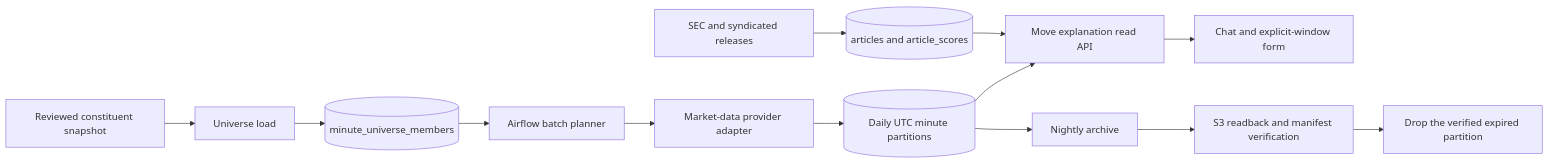
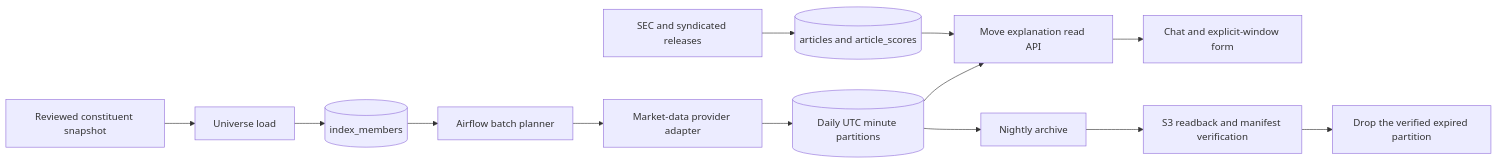
One commit to akwritescode/eventalpha changed the diagram in docs/INTRADAY_DATA_DESIGN.md. Above: the diagram before and after it, drawn with Mermaid. The commit also changed other lines of this file and 34 other files, not shown here.

````diff
--- a/docs/INTRADAY_DATA_DESIGN.md
+++ b/docs/INTRADAY_DATA_DESIGN.md
@@ -10,15 +10,15 @@
 ```mermaid
 flowchart LR
     N[Reviewed constituent snapshot] --> U[Universe load]
-    U --> M[(minute_universe_members)]
+    U --> M[(index_members)]
     M --> A[Airflow batch planner]
     A --> C[Market-data provider adapter]
     C --> P[(Daily UTC minute partitions)]
     SEC[SEC and syndicated releases] --> Articles[(articles and article_scores)]
     P --> API[Move explanation read API]
     Articles --> API
     API --> UI[Chat and explicit-window form]
     P --> Export[Nightly archive]
     Export --> Verify[S3 readback and manifest verification]
     Verify --> Drop[Drop the verified expired partition]
 ```
````
